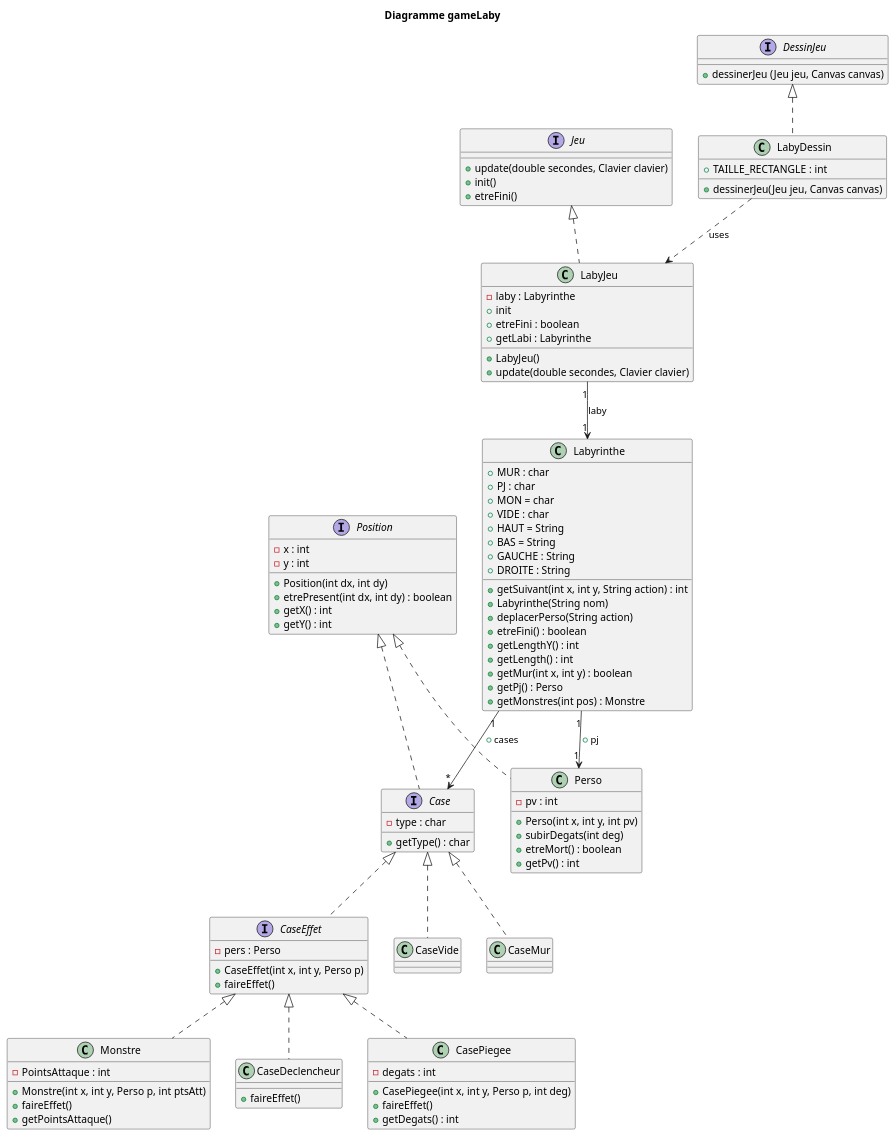
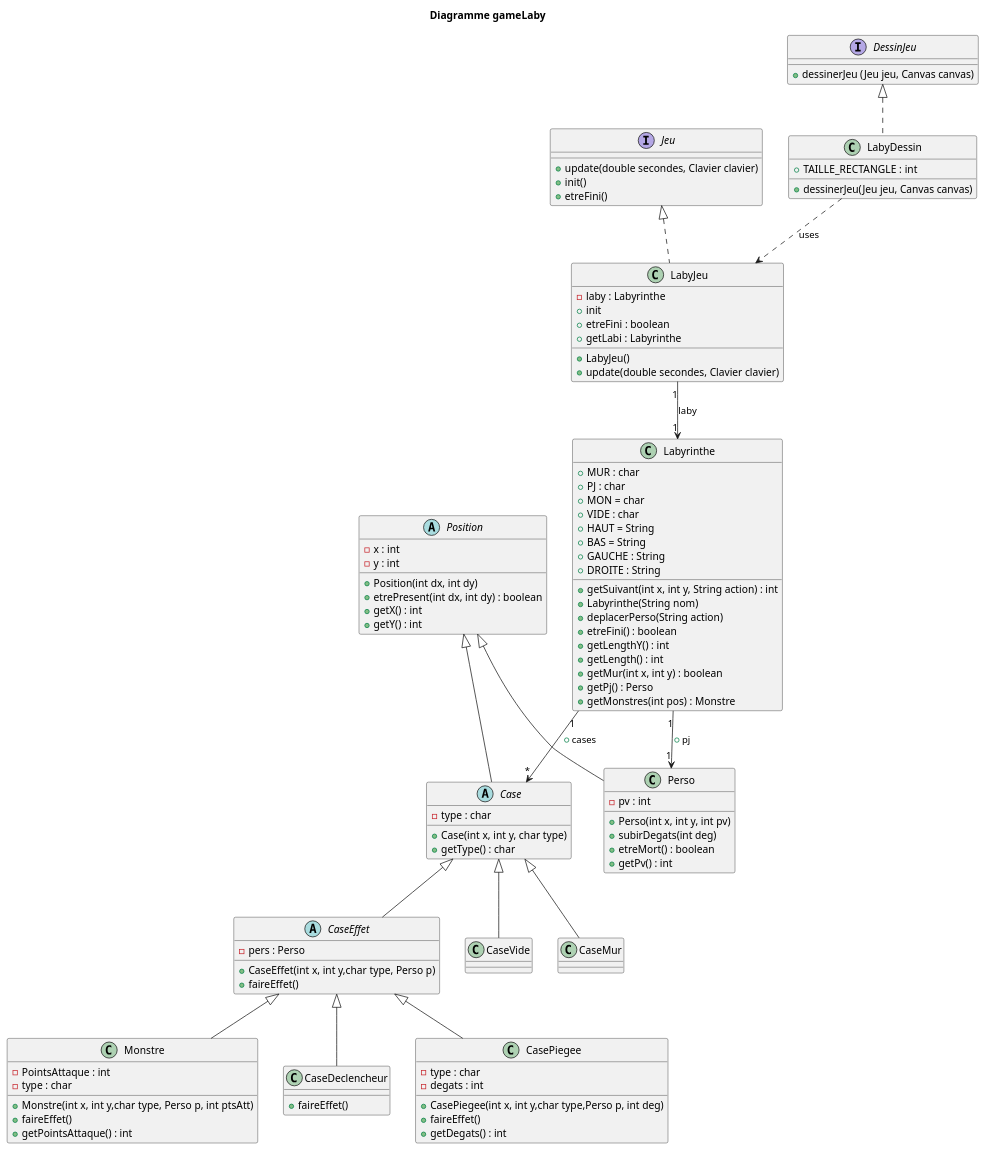
The diagram in zeldiablo/src/gameLaby/laby/diag_classe_monstre.puml (Cedran-Bastien/2022_Zeldiablo_Retter_Perez_Hergott_Bastien), drawn with PlantUML before and after one commit. The commit also changed 4 other files, not shown here.

Commit message:
modif diag classe + creation classes CaseMur CaseVide Position

```diff
--- a/zeldiablo/src/gameLaby/laby/diag_classe_monstre.puml
+++ b/zeldiablo/src/gameLaby/laby/diag_classe_monstre.puml
@@ -1,131 +1,133 @@
 @startuml
 'https://plantuml.com/class-diagram
 
 title Diagramme gameLaby
 
 interface Jeu {
     +update(double secondes, Clavier clavier)
     +init()
     +etreFini()
     }
 
 interface DessinJeu {
     +dessinerJeu (Jeu jeu, Canvas canvas)
     }
 
 
 
 class LabyDessin{
     +TAILLE_RECTANGLE : int
     +dessinerJeu(Jeu jeu, Canvas canvas)
 }
 
 class LabyJeu{
     -laby : Labyrinthe
     +LabyJeu()
     +update(double secondes, Clavier clavier)
     +init
     +etreFini : boolean
     +getLabi : Labyrinthe
     }
 
-interface Position{
+abstract Position{
     -x : int
     -y : int
     +Position(int dx, int dy)
     +etrePresent(int dx, int dy) : boolean
     +getX() : int
     +getY() : int
     }
 
-interface Case {
+abstract Case {
     - type : char
-
+    +Case(int x, int y, char type)
     +getType() : char
 
     }
 
-interface CaseEffet {
+abstract CaseEffet {
     -pers : Perso
-    +CaseEffet(int x, int y, Perso p)
+    +CaseEffet(int x, int y,char type, Perso p)
     +faireEffet()
 
 }
 
 class Perso {
     -pv : int
     +Perso(int x, int y, int pv)
     +subirDegats(int deg)
     +etreMort() : boolean
     +getPv() : int
 }
 
 class Monstre {
     -PointsAttaque : int
-    +Monstre(int x, int y, Perso p, int ptsAtt)
+    -type : char
+    +Monstre(int x, int y,char type, Perso p, int ptsAtt)
     +faireEffet()
-    +getPointsAttaque()
+    +getPointsAttaque() : int
 }
 
 class Labyrinthe{
     +MUR : char
     +PJ : char
     +MON = char
     +VIDE : char
     +HAUT = String
     +BAS = String
     +GAUCHE : String
     +DROITE : String
     +getSuivant(int x, int y, String action) : int
     +Labyrinthe(String nom)
     +deplacerPerso(String action)
     +etreFini() : boolean
      +getLengthY() : int
      +getLength() : int
      +getMur(int x, int y) : boolean
      +getPj() : Perso
      +getMonstres(int pos) : Monstre
 
 
     }
 
 class CaseVide {
 
 }
 
 class CaseMur {
 
 }
 
 class CaseDeclencheur {
     +faireEffet()
 
 }
 
 class CasePiegee {
+    -type : char
     -degats : int
-    +CasePiegee(int x, int y, Perso p, int deg)
+    +CasePiegee(int x, int y,char type,Perso p, int deg)
     +faireEffet()
     +getDegats() : int
 
 }
 
 
 DessinJeu <|.. LabyDessin
 Jeu <|.. LabyJeu
-Position <|.. Perso
-Position <|.. Case
-CaseEffet <|.. Monstre
-Case <|.. CaseEffet
+Position <|-- Perso
+Position <|-- Case
+CaseEffet <|-- Monstre
+Case <|-- CaseEffet
 Labyrinthe "1" --> "1" Perso : +pj
 Labyrinthe "1" --> "*" Case : +cases
 LabyDessin ..> LabyJeu : uses
 LabyJeu "1" --> "1" Labyrinthe : laby
-Case <|.. CaseVide
-Case <|.. CaseMur
-CaseEffet <|.. CaseDeclencheur
-CaseEffet <|.. CasePiegee
+Case <|-- CaseVide
+Case <|-- CaseMur
+CaseEffet <|-- CaseDeclencheur
+CaseEffet <|-- CasePiegee
 
 
 
 @enduml
```
